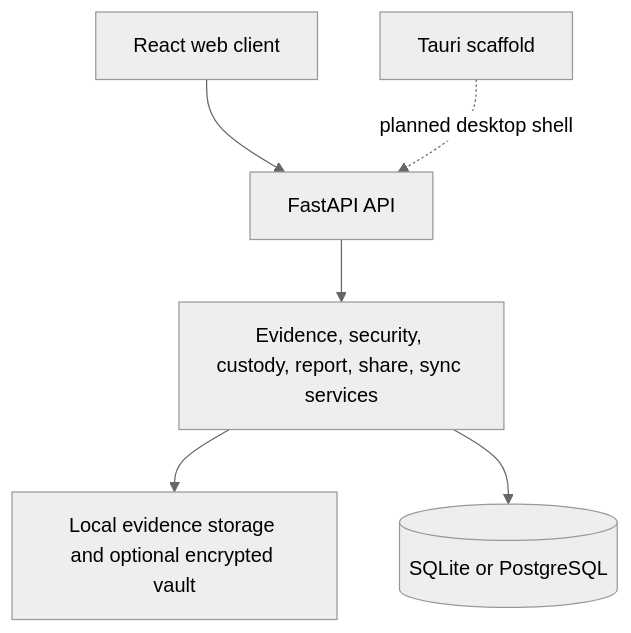
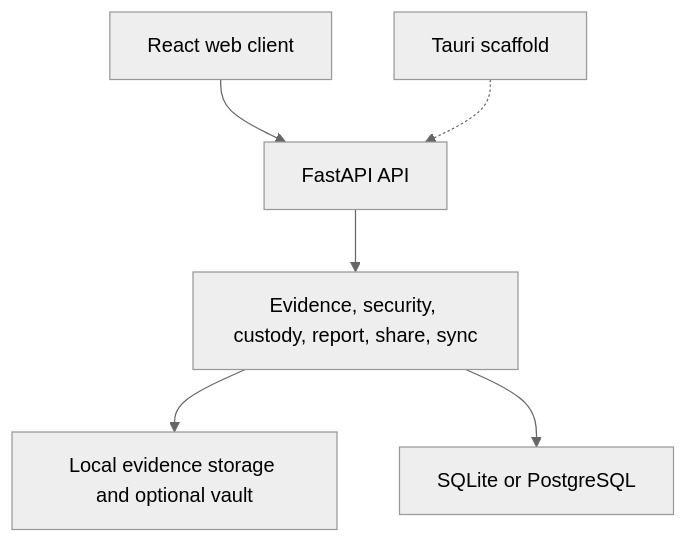
Before and after one commit to alhemdrew/verichain: the third of 3 diagrams in README.md, drawn with Mermaid (neutral theme). The commit also changed other lines of this file, not shown here.

Commit message:
Fix GitHub Mermaid rendering

````diff
--- a/README.md
+++ b/README.md
@@ -266,8 +266,8 @@
 ```mermaid
-flowchart TB
-      Web[React web client] --> API[FastAPI API]
-      Desktop[Tauri scaffold] -. planned desktop shell .-> API
-      API --> Services[Evidence, security, custody, report, share, sync services]
-      Services --> Local[Local evidence storage and optional encrypted vault]
-      Services --> DB[(SQLite or PostgreSQL)]
+graph TB
+      Web["React web client"] --> API["FastAPI API"]
+      Desktop["Tauri scaffold"] -.-> API
+      API --> Services["Evidence, security, custody, report, share, sync"]
+      Services --> Local["Local evidence storage and optional vault"]
+      Services --> DB["SQLite or PostgreSQL"]
 ```
````
